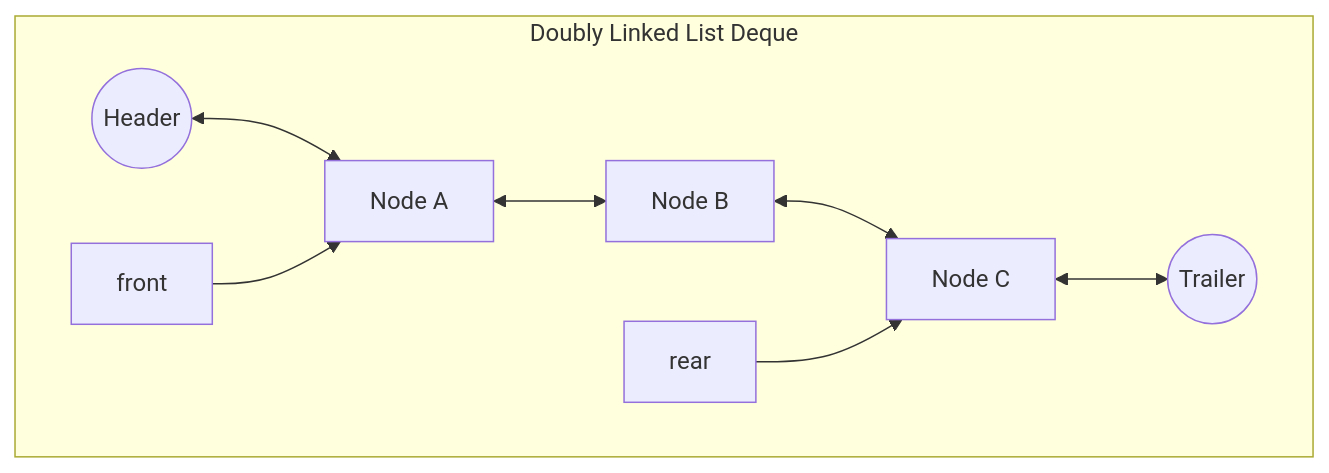
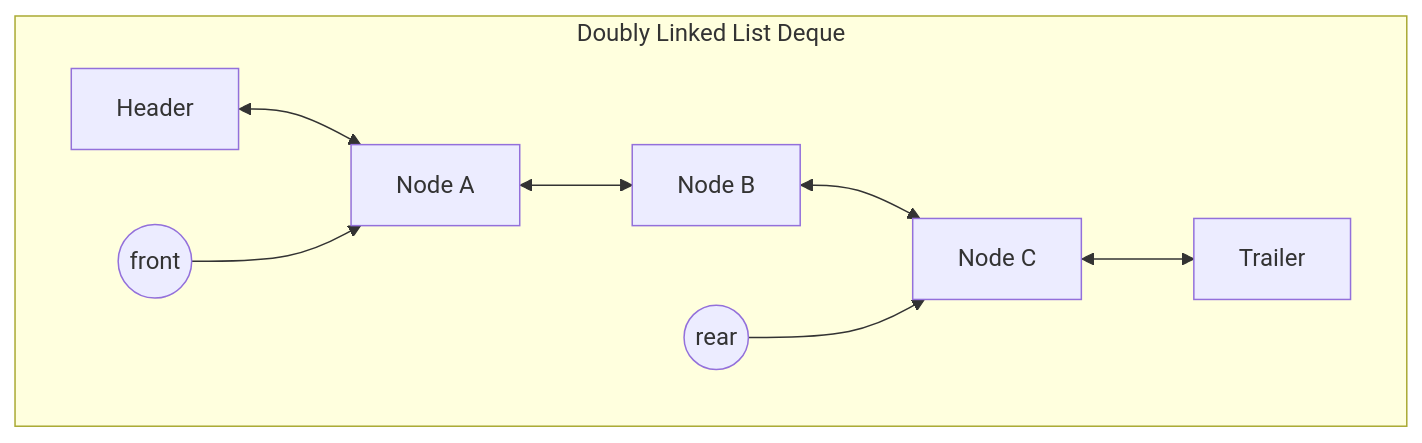
The diagram in lectures/lect-6-Queues-DEQ.md (ruslylove/datastruct), drawn with Mermaid before and after one commit. The commit also changed other lines of this file and 1 other file, not shown here.

Commit message:
update diagram.

````diff
--- a/lectures/lect-6-Queues-DEQ.md
+++ b/lectures/lect-6-Queues-DEQ.md
@@ -104,13 +104,13 @@
 ```mermaid {scale:0.6}
 graph TD
     subgraph "Doubly Linked List Deque"
         direction LR
-        Header(("Header")) <--> A["Node A"]
+        Header["Header"] <--> A["Node A"]
         A <--> B["Node B"]
         B <--> C["Node C"]
-        C <--> Trailer(("Trailer"))
+        C <--> Trailer["Trailer"]
 
-        Front["front"] --> A
-        Rear["rear"] --> C
+        Front(("front")) --> A
+        Rear(("rear")) --> C
     end
 ```
````
